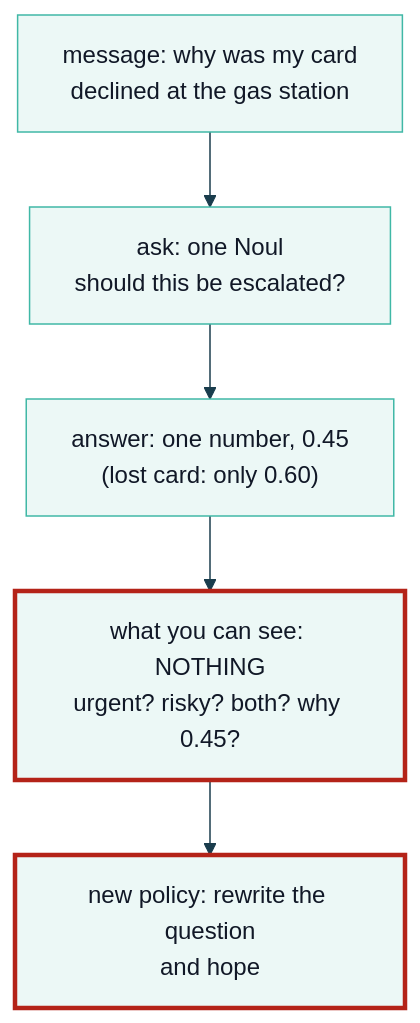
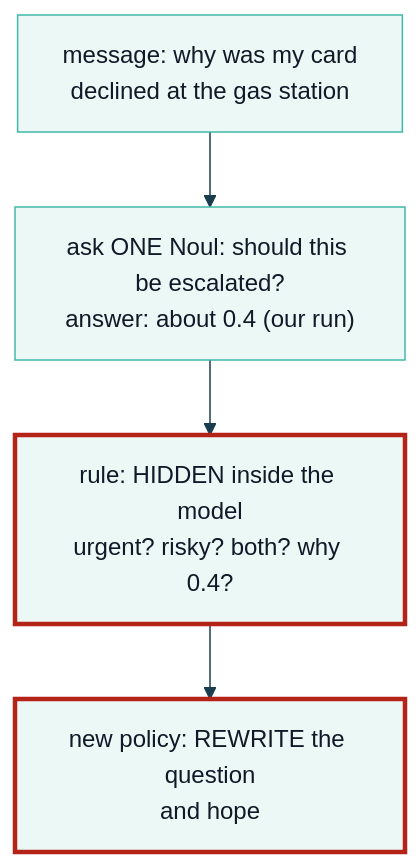
Before and after one commit to axel-sirota/getting_started_jev: the diagram in course/diagrams/module_01/p2-problem-hidden-rule.mmd, drawn with Mermaid. The commit also changed 13 other files, not shown here.

Commit message:
Module 1: notebooks and diagrams

```diff
--- a/course/diagrams/module_01/p2-problem-hidden-rule.mmd
+++ b/course/diagrams/module_01/p2-problem-hidden-rule.mmd
@@ -1,8 +1,7 @@
 %%{init: {"theme": "base", "themeVariables": {"fontFamily": "Inter, sans-serif", "primaryColor": "#ECF8F6", "primaryBorderColor": "#40B8A6", "primaryTextColor": "#111827", "lineColor": "#1A3D4D", "secondaryColor": "#F9FAFB", "tertiaryColor": "#FFFFFF", "clusterBkg": "#F9FAFB", "clusterBorder": "#D1D5DB", "actorBkg": "#ECF8F6", "actorBorder": "#40B8A6", "noteBkgColor": "#FFF6DA", "noteBorderColor": "#E0B84C"}}}%%
 flowchart TD
-  M["message: why was my card<br/>declined at the gas station"] --> Q["ask: one Noul<br/>should this be escalated?"]
-  Q --> A["answer: one number, 0.45<br/>(lost card: only 0.60)"]
-  A --> H["what you can see: NOTHING<br/>urgent? risky? both? why 0.45?"]
-  H --> R["new policy: rewrite the question<br/>and hope"]
+  M["message: why was my card<br/>declined at the gas station"] --> QA["ask ONE Noul: should this be escalated?<br/>answer: about 0.4 (our run)"]
+  QA --> H["rule: HIDDEN inside the model<br/>urgent? risky? both? why 0.4?"]
+  H --> X["new policy: REWRITE the question<br/>and hope"]
   style H stroke:#B42318,stroke-width:3px
-  style R stroke:#B42318,stroke-width:3px
+  style X stroke:#B42318,stroke-width:3px
```
